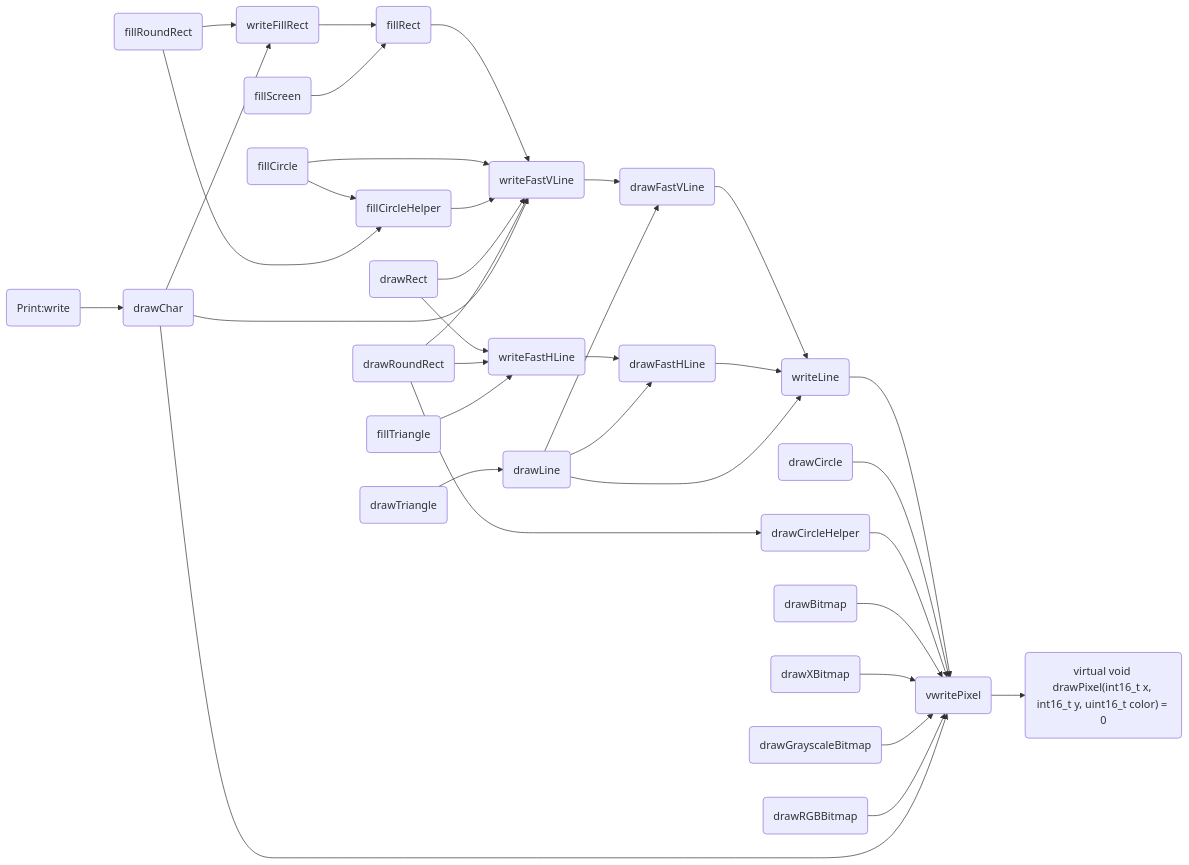
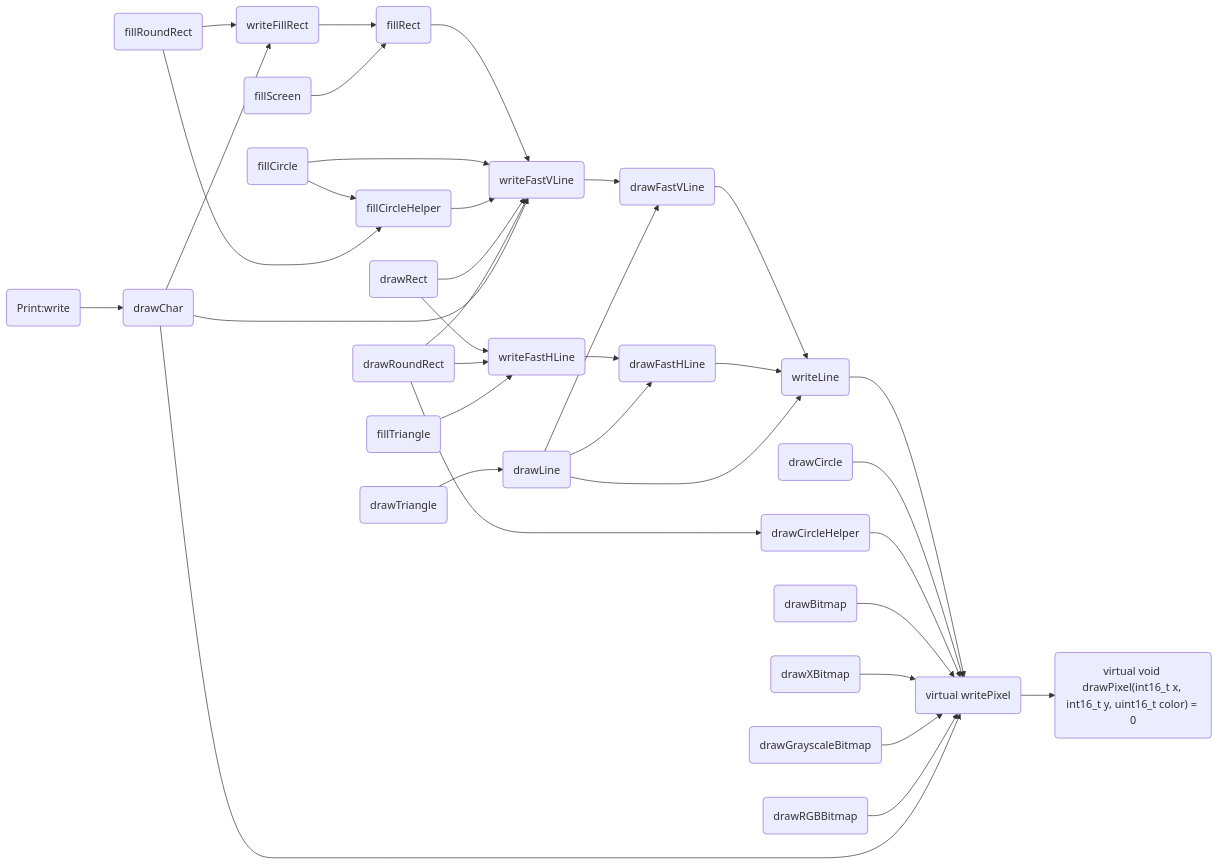
Before and after one commit to icodezhanglei/iodraw-files: the diagram in all/未命名.md, drawn with Mermaid.

Commit message:
2024-09-13 18:53:05 update

````diff
--- a/all/未命名.md
+++ b/all/未命名.md
@@ -1,59 +1,59 @@
 ```mermaid
 flowchart LR
 
 drawPixel("virtual void drawPixel(int16_t x, int16_t y, uint16_t color) = 0")
-writePixel(vwritePixel)
+writePixel(virtual writePixel)
 writeFillRect(writeFillRect)
 writeFastVLine(writeFastVLine)
 writeFastHLine(writeFastHLine)
 writeLine(writeLine)
 drawFastVLine(drawFastVLine)
 drawFastHLine(drawFastHLine)
 fillRect(fillRect)
 fillScreen(fillScreen)
 drawLine(drawLine)
 drawRect(drawRect)
 drawCircle(drawCircle)
 drawCircleHelper(drawCircleHelper)
 fillCircle(fillCircle)
 fillCircleHelper(fillCircleHelper)
 drawTriangle(drawTriangle)
 fillTriangle(fillTriangle)
 drawRoundRect(drawRoundRect)
 fillRoundRect(fillRoundRect)
 drawBitmap(drawBitmap)
 drawXBitmap(drawXBitmap)
 drawGrayscaleBitmap(drawGrayscaleBitmap)
 drawRGBBitmap(drawRGBBitmap)
 drawChar(drawChar)
 write(Print:write)
 
 
 writeLine --> writePixel --> drawPixel
 
 writeFastVLine --> drawFastVLine
 drawFastVLine --> writeLine
 
 writeFastHLine --> drawFastHLine
 drawFastHLine --> writeLine
 
 writeFillRect --> fillRect --> writeFastVLine
 
 fillScreen --> fillRect
 drawLine --> drawFastVLine & drawFastHLine &  writeLine
 drawCircle -->  writePixel
 drawCircleHelper --> writePixel
 fillCircle --> writeFastVLine & fillCircleHelper
 fillCircleHelper --> writeFastVLine
 drawRect --> writeFastHLine & writeFastVLine
 drawRoundRect --> writeFastHLine & writeFastVLine & drawCircleHelper
 fillRoundRect -->  writeFillRect & fillCircleHelper
 drawTriangle --> drawLine
 fillTriangle --> writeFastHLine
 drawBitmap -->  writePixel
 drawXBitmap -->  writePixel
 drawGrayscaleBitmap -->  writePixel
 drawRGBBitmap --> writePixel
 drawChar --> writePixel & writeFillRect & writeFastVLine
 write --> drawChar
 ```
````
